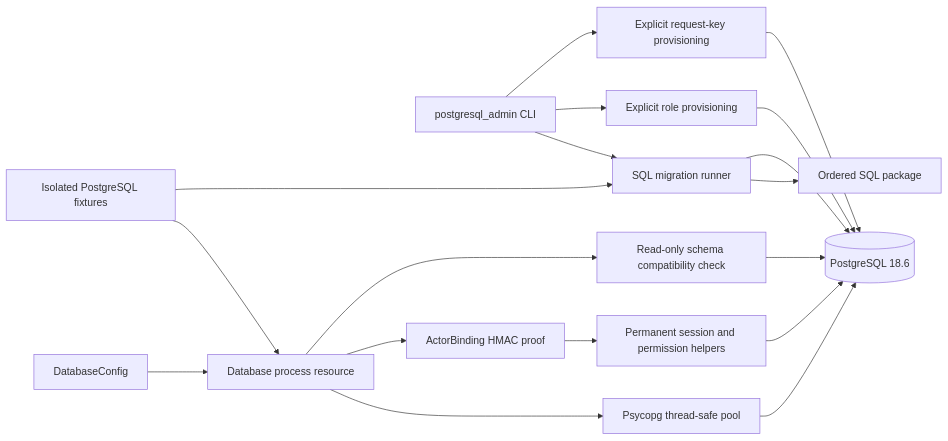
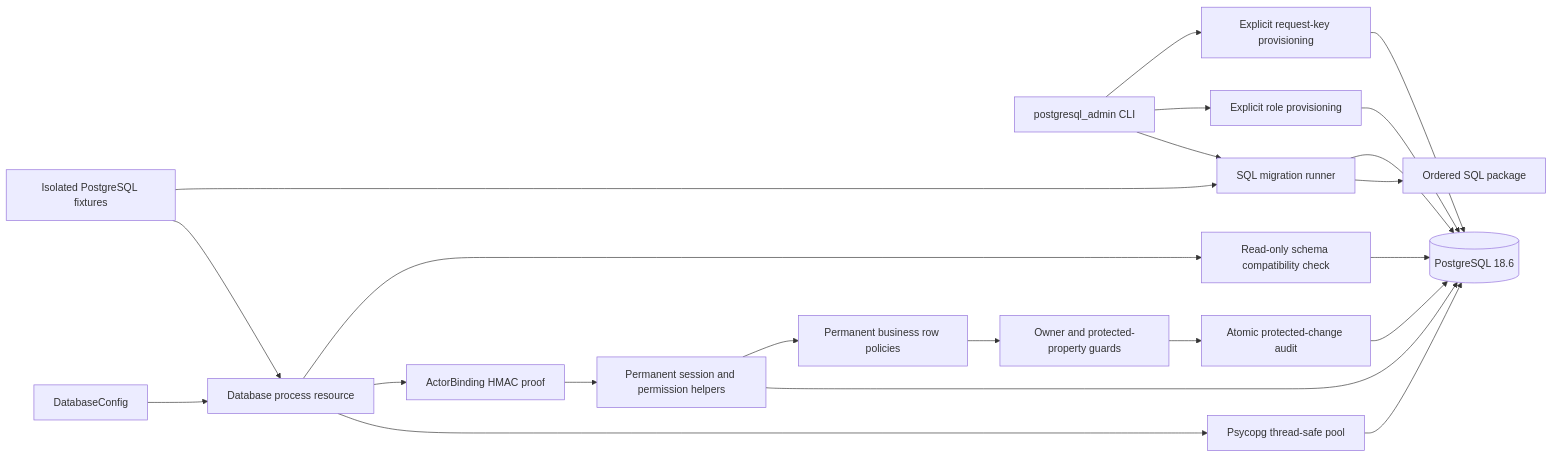
Before and after one commit to cboguet83/eppm_demo: the diagram in docs/implementation/postgresql-foundation.md, drawn with Mermaid. The commit also changed other lines of this file and 8 other files, not shown here.

Commit message:
Enforce PostgreSQL business scopes, ownership and atomic audit

````diff
--- a/docs/implementation/postgresql-foundation.md
+++ b/docs/implementation/postgresql-foundation.md
@@ -47,20 +47,24 @@
 ```mermaid
 flowchart LR
     Operator[postgresql_admin CLI] --> Migration[SQL migration runner]
     Operator --> Provision[Explicit role provisioning]
     Operator --> Key[Explicit request-key provisioning]
     Key --> DB
     Migration --> SQL[Ordered SQL package]
     Migration --> DB[(PostgreSQL 18.6)]
     Provision --> DB
     Config[DatabaseConfig] --> Resource[Database process resource]
     Resource --> Pool[Psycopg thread-safe pool]
     Resource --> Binding[ActorBinding HMAC proof]
     Binding --> Authorization[Permanent session and permission helpers]
     Authorization --> DB
+    Authorization --> Policies[Permanent business row policies]
+    Policies --> Guards[Owner and protected-property guards]
+    Guards --> Audit[Atomic protected-change audit]
+    Audit --> DB
     Resource --> Check[Read-only schema compatibility check]
     Check --> DB
     Pool --> DB
     Tests[Isolated PostgreSQL fixtures] --> Resource
     Tests --> Migration
 ```
````
